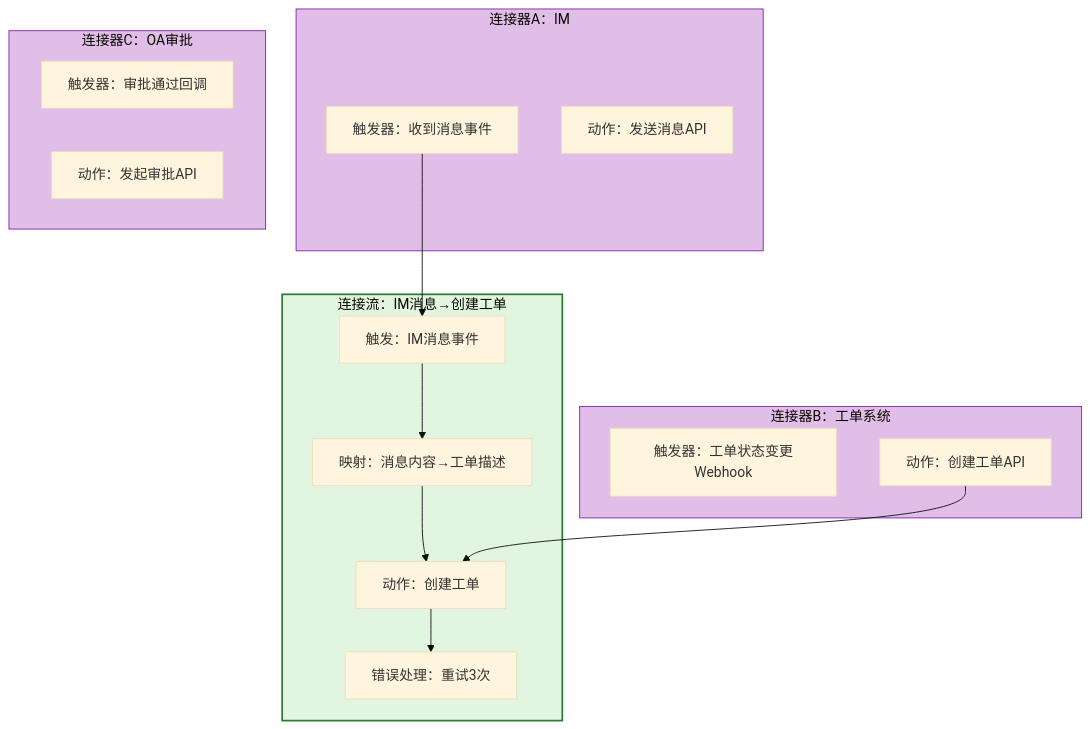
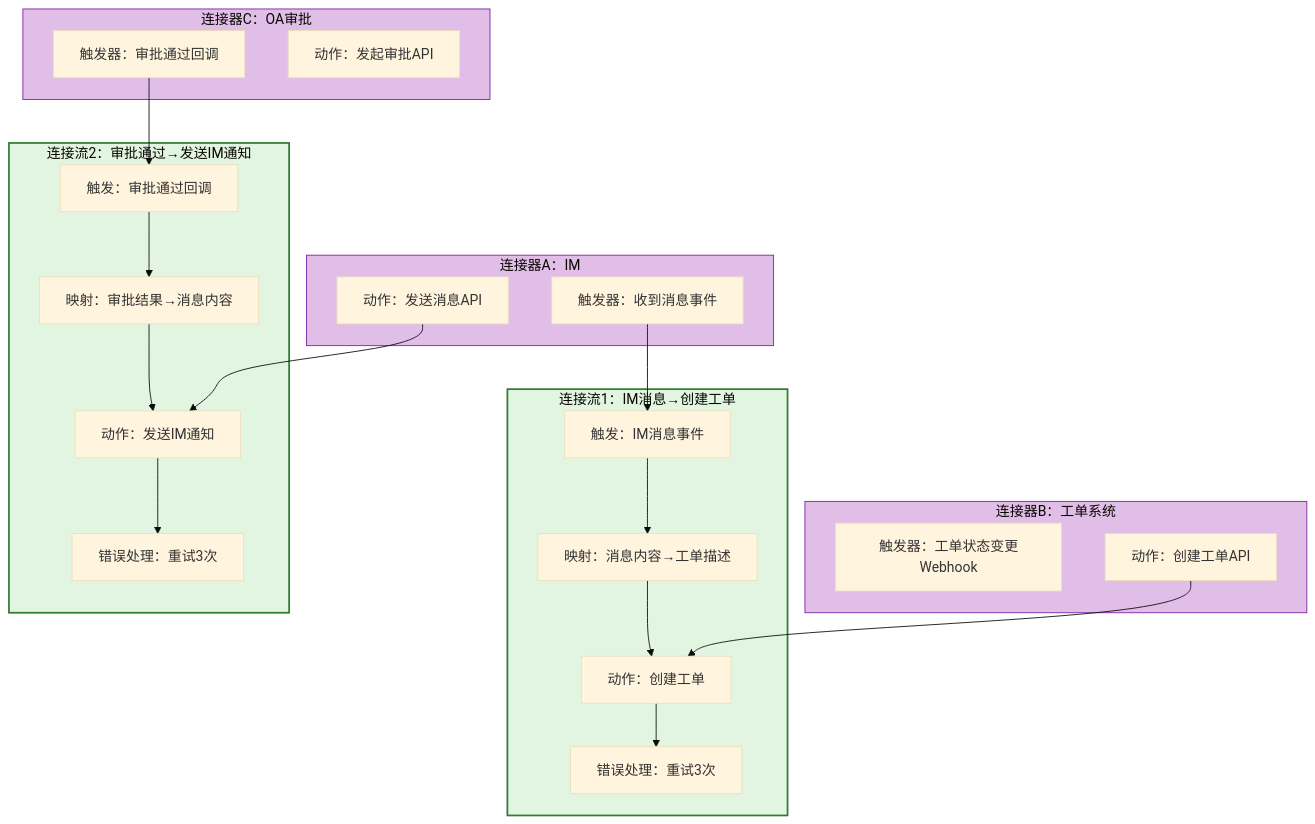
Before and after one commit to THZSummer/open-app: the ninth of 10 diagrams in .sddu/specs-tree-root/specs-tree-connector-platform/discovery-report.md, drawn with Mermaid (base theme). The commit also changed other lines of this file, not shown here.

Commit message:
fix: 5.2示例图优化 — 两条连接流展示连接器复用
- 增加连接流2：审批通过→发送IM通知（连接器C触发 + 连接器A动作）
- 连接器A被两条流复用，印证'一个连接器可被多个连接流引用'
- 消除连接器C孤立节点，所有连接器都参与连接流

````diff
--- a/.sddu/specs-tree-root/specs-tree-connector-platform/discovery-report.md
+++ b/.sddu/specs-tree-root/specs-tree-connector-platform/discovery-report.md
@@ -426,31 +426,40 @@
 ```mermaid
 flowchart TB
     subgraph Conn1["连接器A：IM"]
         CT1[触发器：收到消息事件]
         CA1[动作：发送消息API]
     end
     
     subgraph Conn2["连接器B：工单系统"]
         CT2[触发器：工单状态变更Webhook]
         CA2[动作：创建工单API]
     end
     
     subgraph Conn3["连接器C：OA审批"]
         CT3[触发器：审批通过回调]
         CA3[动作：发起审批API]
     end
     
-    subgraph Flow1["连接流：IM消息→创建工单"]
+    subgraph Flow1["连接流1：IM消息→创建工单"]
         F1_Start[触发：IM消息事件] --> F1_Map1[映射：消息内容→工单描述]
         F1_Map1 --> F1_Action[动作：创建工单]
         F1_Action --> F1_Error[错误处理：重试3次]
     end
     
+    subgraph Flow2["连接流2：审批通过→发送IM通知"]
+        F2_Start[触发：审批通过回调] --> F2_Map1[映射：审批结果→消息内容]
+        F2_Map1 --> F2_Action[动作：发送IM通知]
+        F2_Action --> F2_Error[错误处理：重试3次]
+    end
+    
     CT1 --> F1_Start
     CA2 --> F1_Action
+    CT3 --> F2_Start
+    CA1 --> F2_Action
     
     style Flow1 fill:#e1f5e1,stroke:#2e7d32,stroke-width:2px
+    style Flow2 fill:#e1f5e1,stroke:#2e7d32,stroke-width:2px
     style Conn1 fill:#e1bee7,stroke:#7b1fa2
     style Conn2 fill:#e1bee7,stroke:#7b1fa2
     style Conn3 fill:#e1bee7,stroke:#7b1fa2
 ```
````
